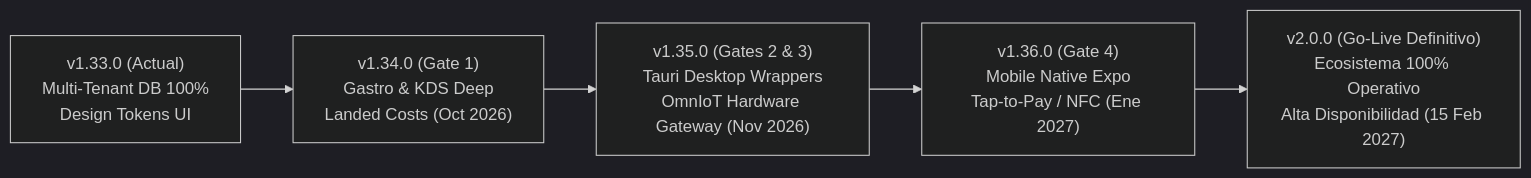
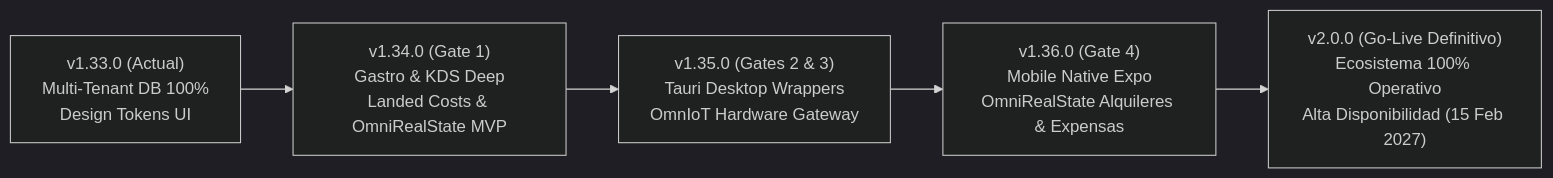
The diagram in orderflow/ROADMAP.md (marcelompz/wiki), drawn with Mermaid (dark theme) before and after one commit. The commit also changed other lines of this file and 1 other file, not shown here.

Commit message:
docs(wiki): sync OmniRealState PropTech vertical in Go-Live plan and ROADMAP

````diff
--- a/orderflow/ROADMAP.md
+++ b/orderflow/ROADMAP.md
@@ -39,7 +40,7 @@
 ```mermaid
 graph LR
-    A["v1.33.0 (Actual)<br/>Multi-Tenant DB 100%<br/>Design Tokens UI"] --> B["v1.34.0 (Gate 1)<br/>Gastro & KDS Deep<br/>Landed Costs (Oct 2026)"]
-    B --> C["v1.35.0 (Gates 2 & 3)<br/>Tauri Desktop Wrappers<br/>OmnIoT Hardware Gateway (Nov 2026)"]
-    C --> D["v1.36.0 (Gate 4)<br/>Mobile Native Expo<br/>Tap-to-Pay / NFC (Ene 2027)"]
+    A["v1.33.0 (Actual)<br/>Multi-Tenant DB 100%<br/>Design Tokens UI"] --> B["v1.34.0 (Gate 1)<br/>Gastro & KDS Deep<br/>Landed Costs & OmniRealState MVP"]
+    B --> C["v1.35.0 (Gates 2 & 3)<br/>Tauri Desktop Wrappers<br/>OmnIoT Hardware Gateway"]
+    C --> D["v1.36.0 (Gate 4)<br/>Mobile Native Expo<br/>OmniRealState Alquileres & Expensas"]
     D --> E["v2.0.0 (Go-Live Definitivo)<br/>Ecosistema 100% Operativo<br/>Alta Disponibilidad (15 Feb 2027)"]
 ```
````
